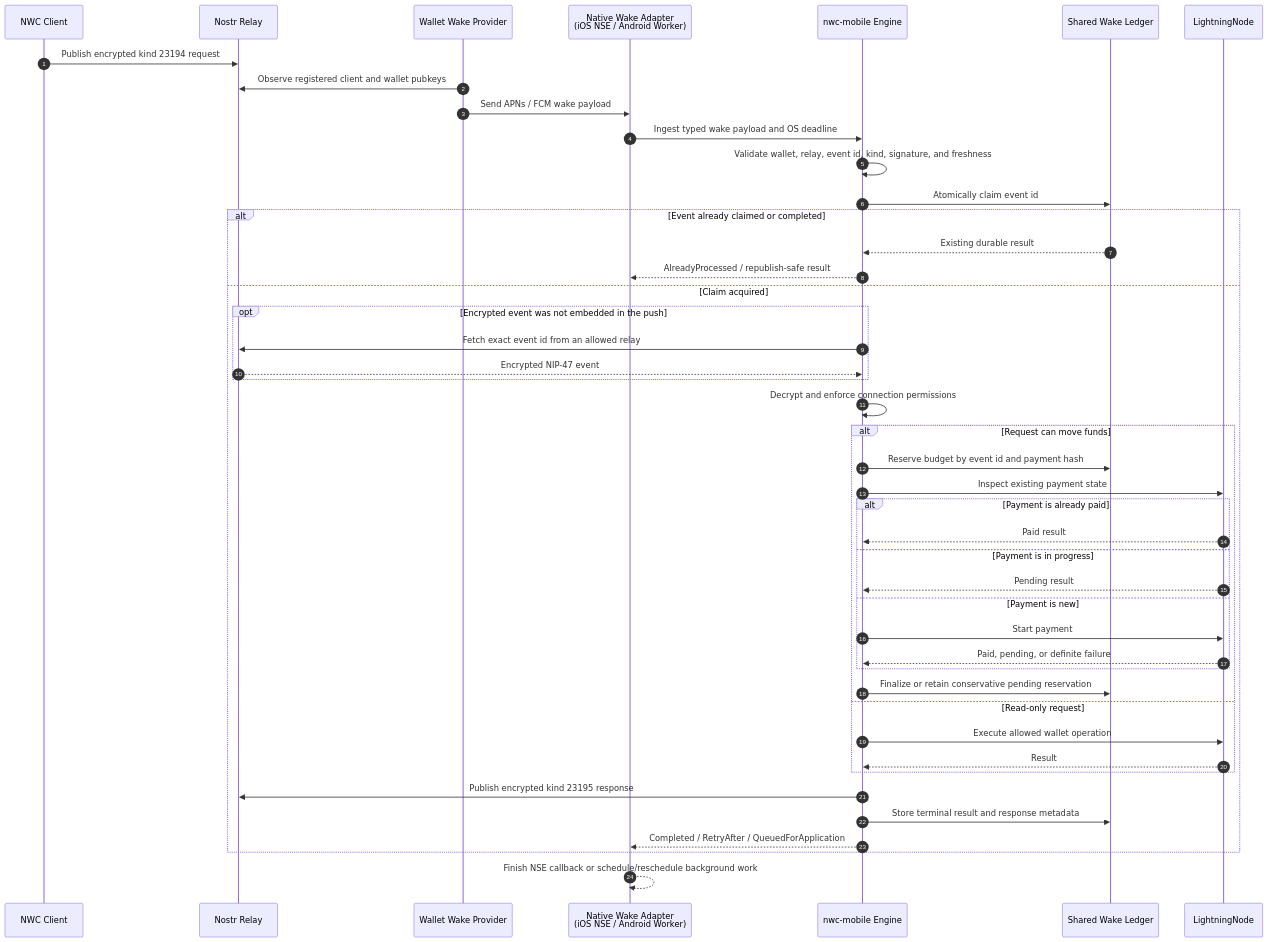
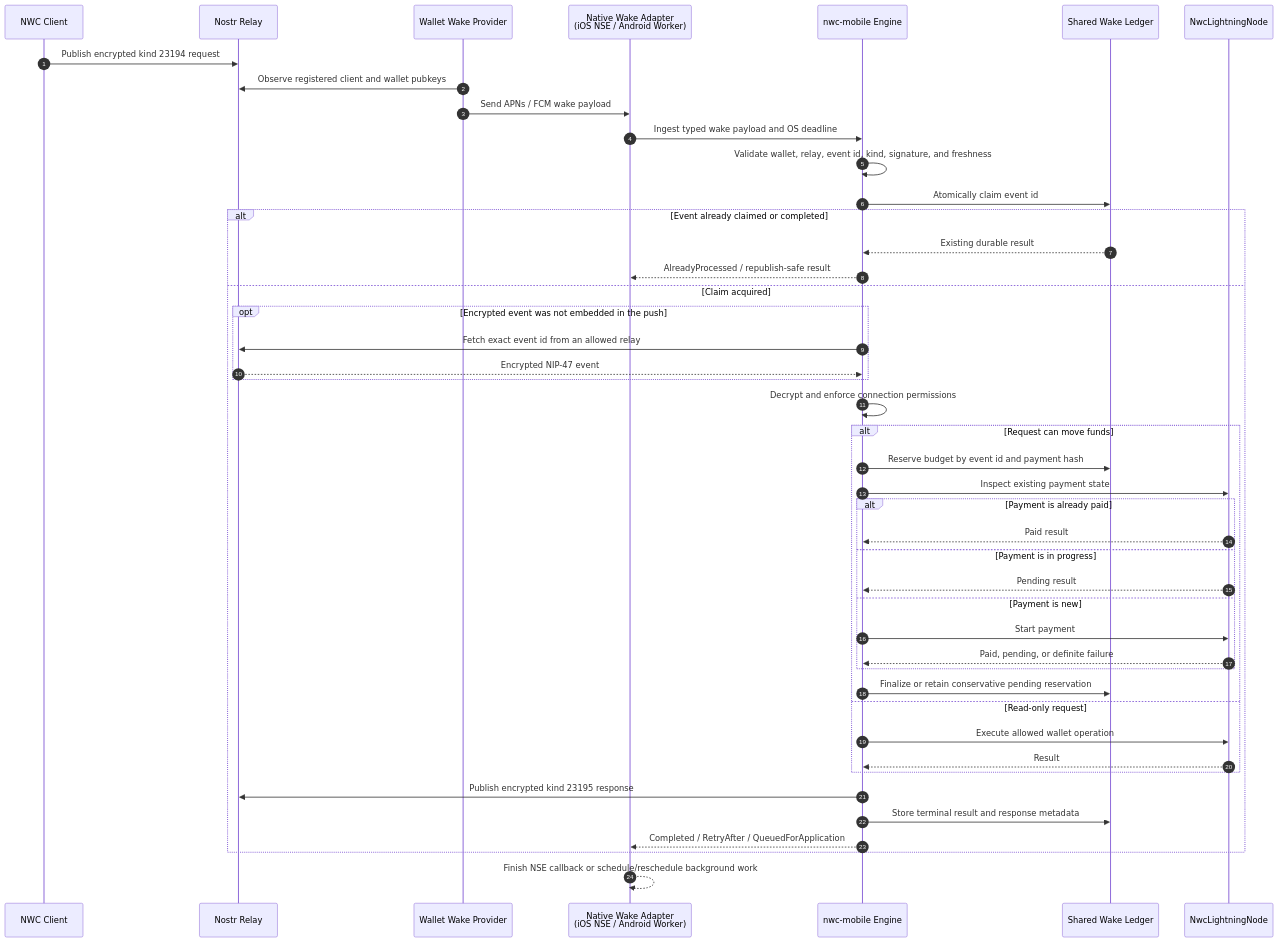
One commit to ntheile/nwc-mobile changed the diagram in README.md. Above: the diagram before and after it, drawn with Mermaid. The commit also changed other lines of this file and 7 other files, not shown here.

Commit message:
refactor: clarify and streamline Lightning node integrations

````diff
--- a/README.md
+++ b/README.md
@@ -30,53 +30,53 @@
 ```mermaid
 sequenceDiagram
     autonumber
     participant C as NWC Client
     participant R as Nostr Relay
     participant P as Wallet Wake Provider
     participant N as Native Wake Adapter<br/>(iOS NSE / Android Worker)
     participant E as nwc-mobile Engine
     participant L as Shared Wake Ledger
-    participant W as LightningNode
+    participant W as NwcLightningNode
 
     C->>R: Publish encrypted kind 23194 request
     P->>R: Observe registered client and wallet pubkeys
     P->>N: Send APNs / FCM wake payload
     N->>E: Ingest typed wake payload and OS deadline
     E->>E: Validate wallet, relay, event id, kind, signature, and freshness
     E->>L: Atomically claim event id
 
     alt Event already claimed or completed
         L-->>E: Existing durable result
         E-->>N: AlreadyProcessed / republish-safe result
     else Claim acquired
         opt Encrypted event was not embedded in the push
             E->>R: Fetch exact event id from an allowed relay
             R-->>E: Encrypted NIP-47 event
         end
 
         E->>E: Decrypt and enforce connection permissions
 
         alt Request can move funds
             E->>L: Reserve budget by event id and payment hash
             E->>W: Inspect existing payment state
             alt Payment is already paid
                 W-->>E: Paid result
             else Payment is in progress
                 W-->>E: Pending result
             else Payment is new
                 E->>W: Start payment
                 W-->>E: Paid, pending, or definite failure
             end
             E->>L: Finalize or retain conservative pending reservation
         else Read-only request
             E->>W: Execute allowed wallet operation
             W-->>E: Result
         end
 
         E->>R: Publish encrypted kind 23195 response
         E->>L: Store terminal result and response metadata
         E-->>N: Completed / RetryAfter / QueuedForApplication
     end
 
     N-->>N: Finish NSE callback or schedule/reschedule background work
 ```
````
